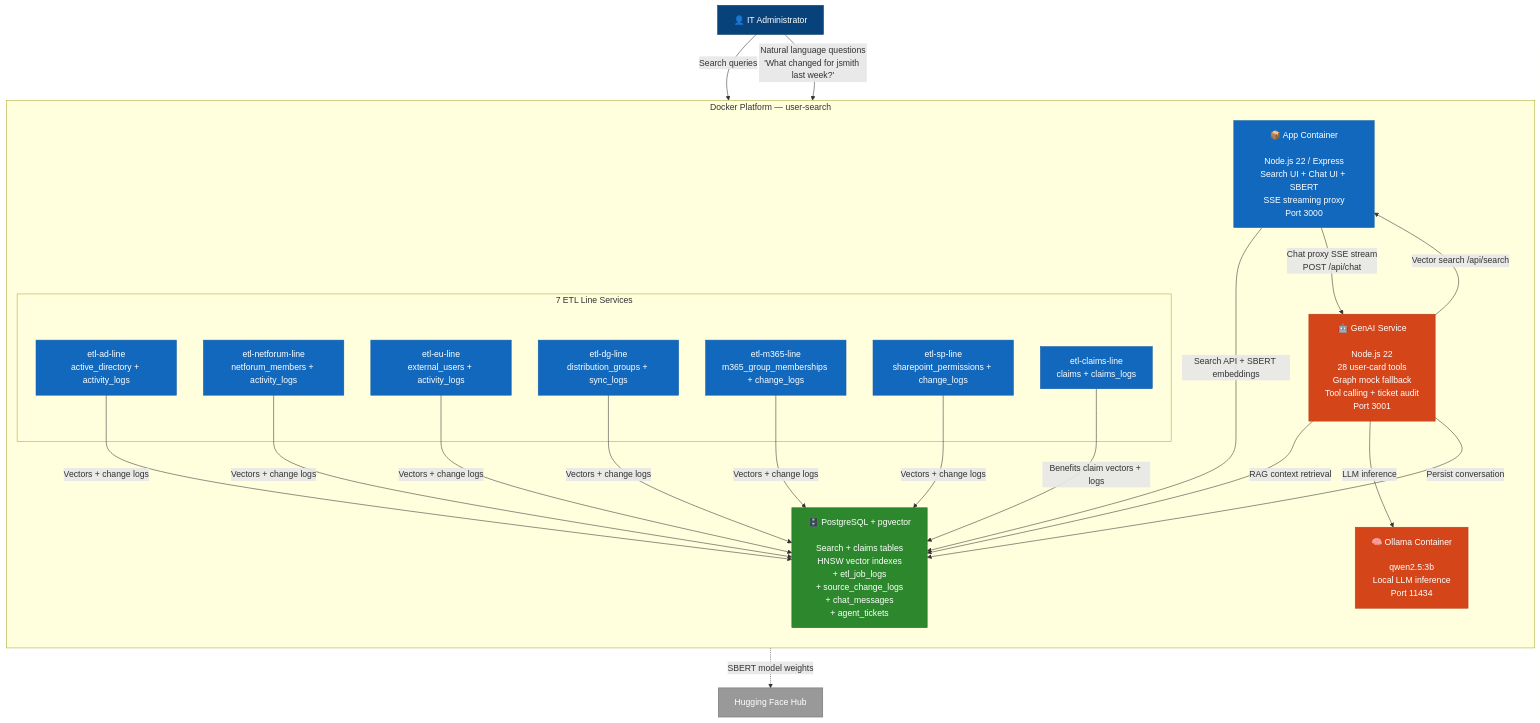
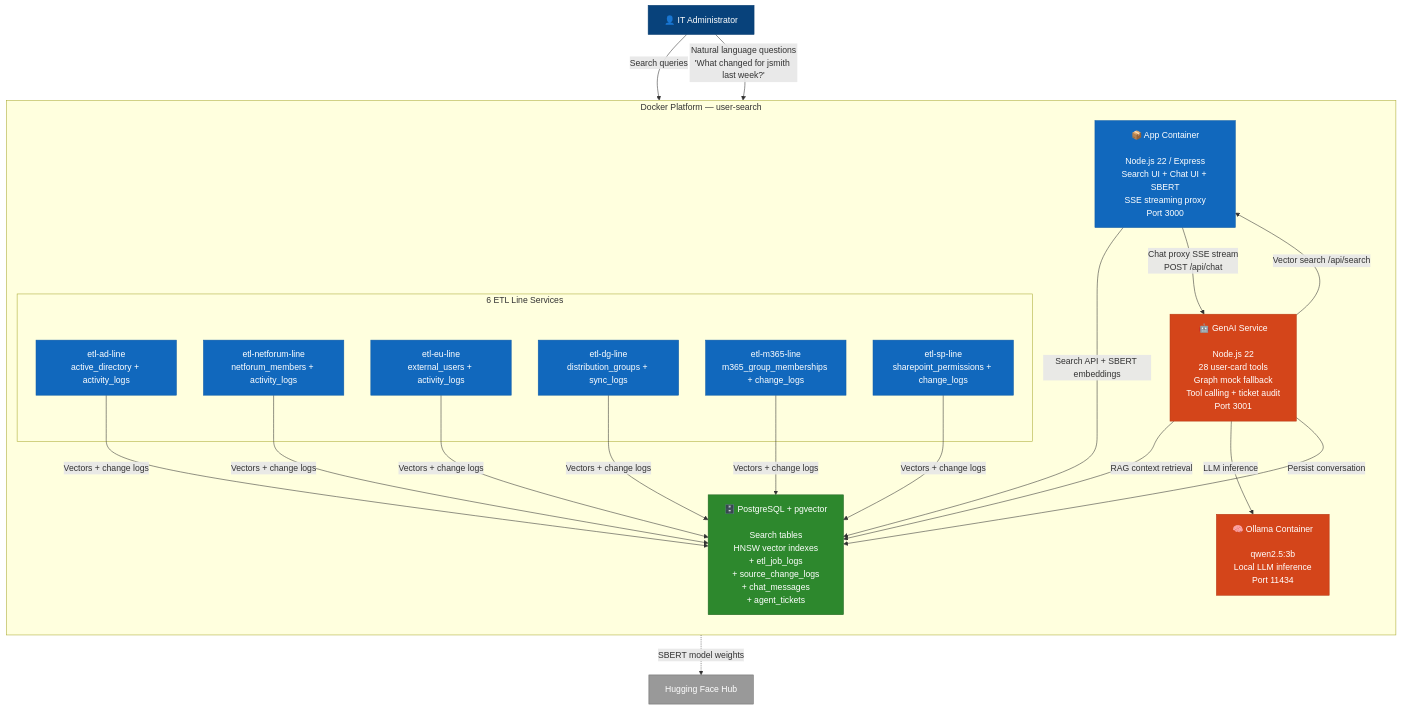
One commit to sjackshaw/user-search changed the diagram in docs/diagrams/genai-target-architecture.md. Above: the diagram before and after it, drawn with Mermaid. The commit also changed other lines of this file and 8 other files, not shown here.

Commit message:
refactor: remove Member Benefits Bot and associated ETL line, update documentation

````diff
--- a/docs/diagrams/genai-target-architecture.md
+++ b/docs/diagrams/genai-target-architecture.md
@@ -5,51 +5,49 @@
 ```mermaid
 graph TB
     classDef person fill:#08427B,stroke:#073B6F,color:#fff
     classDef existing fill:#1168BD,stroke:#0E5BA7,color:#fff
     classDef genai fill:#D4451A,stroke:#B83A15,color:#fff
     classDef database fill:#2D882D,stroke:#226622,color:#fff
     classDef external fill:#999999,stroke:#6B6B6B,color:#fff
 
     User["👤 IT Administrator"]:::person
 
     subgraph DockerPlatform [" Docker Platform — user-search "]
         direction TB
 
         App["📦 App Container<br/><br/>Node.js 22 / Express<br/>Search UI + Chat UI + SBERT<br/>SSE streaming proxy<br/>Port 3000"]:::existing
 
         GenAI["🤖 GenAI Service<br/><br/>Node.js 22<br/>28 user-card tools<br/>Graph mock fallback<br/>Tool calling + ticket audit<br/>Port 3001"]:::genai
 
         Ollama["🧠 Ollama Container<br/><br/>qwen2.5:3b<br/>Local LLM inference<br/>Port 11434"]:::genai
 
-        Postgres["🗄️ PostgreSQL + pgvector<br/><br/>Search + claims tables<br/>HNSW vector indexes<br/>+ etl_job_logs<br/>+ source_change_logs<br/>+ chat_messages<br/>+ agent_tickets"]:::database
+        Postgres["🗄️ PostgreSQL + pgvector<br/><br/>Search tables<br/>HNSW vector indexes<br/>+ etl_job_logs<br/>+ source_change_logs<br/>+ chat_messages<br/>+ agent_tickets"]:::database
 
-        subgraph ETLServices [" 7 ETL Line Services "]
+        subgraph ETLServices [" 6 ETL Line Services "]
             ETL_AD["etl-ad-line<br/>active_directory + activity_logs"]:::existing
             ETL_NF["etl-netforum-line<br/>netforum_members + activity_logs"]:::existing
             ETL_EU["etl-eu-line<br/>external_users + activity_logs"]:::existing
             ETL_DG["etl-dg-line<br/>distribution_groups + sync_logs"]:::existing
             ETL_M365["etl-m365-line<br/>m365_group_memberships + change_logs"]:::existing
             ETL_SP["etl-sp-line<br/>sharepoint_permissions + change_logs"]:::existing
-            ETL_CLAIMS["etl-claims-line<br/>claims + claims_logs"]:::existing
         end
     end
 
     HF["Hugging Face Hub"]:::external
 
     User -->|"Search queries"| App
     User -->|"Natural language questions<br/>'What changed for jsmith last week?'"| App
     App -->|"Search API + SBERT embeddings"| Postgres
     App -->|"Chat proxy SSE stream<br/>POST /api/chat"| GenAI
     GenAI -->|"RAG context retrieval"| Postgres
     GenAI -->|"Vector search /api/search"| App
     GenAI -->|"LLM inference"| Ollama
     GenAI -->|"Persist conversation"| Postgres
     ETL_AD -->|"Vectors + change logs"| Postgres
     ETL_NF -->|"Vectors + change logs"| Postgres
     ETL_EU -->|"Vectors + change logs"| Postgres
     ETL_DG -->|"Vectors + change logs"| Postgres
     ETL_M365 -->|"Vectors + change logs"| Postgres
     ETL_SP -->|"Vectors + change logs"| Postgres
-    ETL_CLAIMS -->|"Benefits claim vectors + logs"| Postgres
     App -.->|"SBERT model weights"| HF
 ```
````
